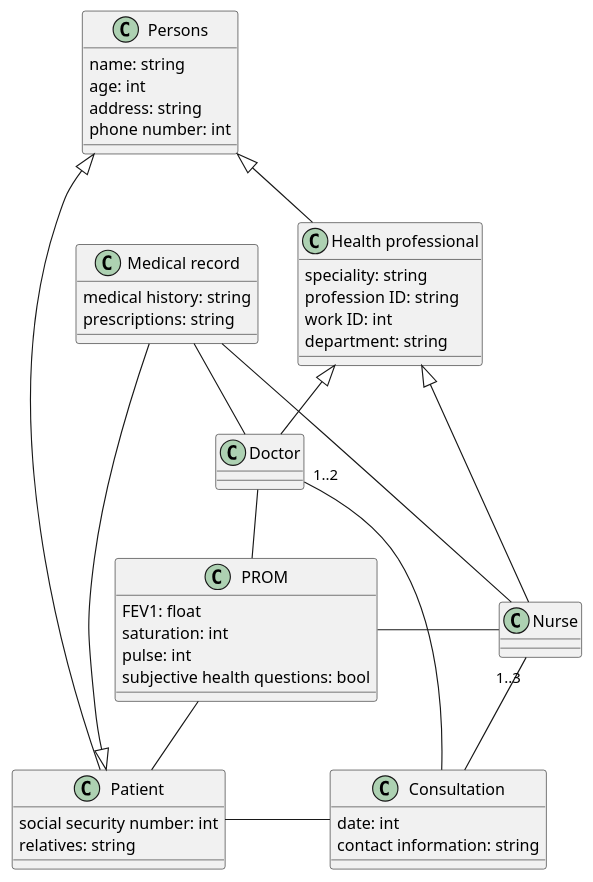
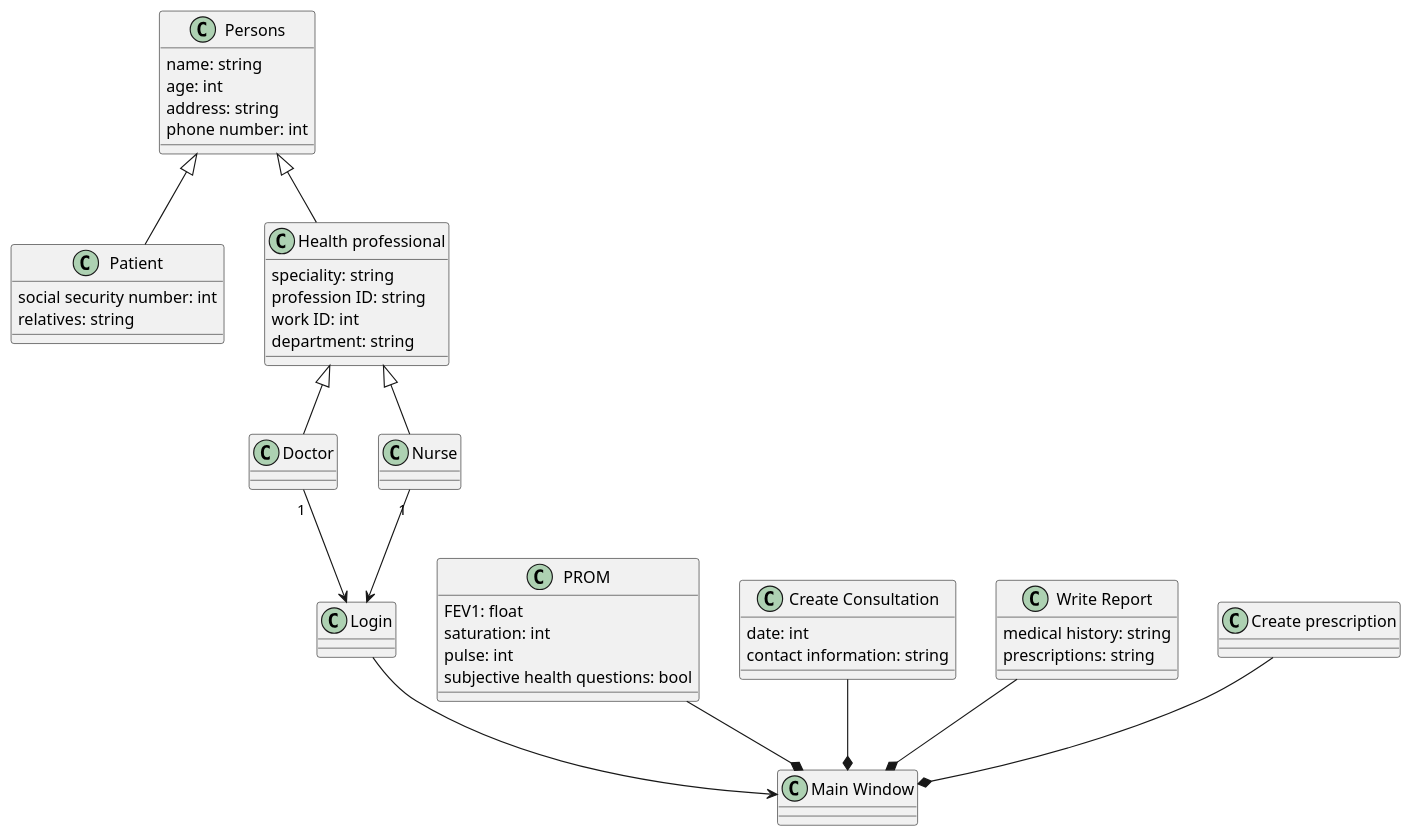
Before and after one commit to Purreskov/Softwareudvikling---Github: the diagram in Diagrams/Class diagram - iteration 1.puml, drawn with PlantUML. The commit also changed 3 other files, not shown here.

```diff
--- a/Diagrams/Class diagram - iteration 1.puml
+++ b/Diagrams/Class diagram - iteration 1.puml
@@ -1,47 +1,55 @@
 @startuml
 'https://plantuml.com/class-diagram
 
 class "Persons" as persons
 persons : name: string
 persons : age: int
 persons : address: string
 persons : phone number: int
 
 class "PROM" as prom
 prom : FEV1: float
 prom : saturation: int
 prom : pulse: int
 prom : subjective health questions: bool
-class "Consultation" as consultation
+
+class "Create Consultation" as consultation
 consultation : date: int
 consultation : contact information: string
+
 class "Patient" as patient
 patient : social security number: int
 patient : relatives: string
+
 class "Doctor" as doctor
+
 class "Nurse" as nurse
-class "Medical record" as mr
-mr : medical history: string
-mr : prescriptions: string
+
+class "Write Report" as WR
+WR : medical history: string
+WR : prescriptions: string
+
 class "Health professional" as HP
 HP : speciality: string
 HP : profession ID: string
 HP : work ID: int
 HP : department: string
 
+class "Main Window" as MW
 
-mr -|> patient
-mr -- doctor
-mr -- nurse
+class "Create prescription" as CP
+
+class "Login" as login
+
 persons <|-- HP
-'persons <-- NHP
 persons <|-- patient
 HP <|-- doctor
 HP <|-- nurse
-doctor "1..2" -- consultation
-nurse "1..3" -- consultation
-prom - nurse
-prom -- patient
-doctor -- prom
-patient - consultation
+doctor "1"--> login
+nurse "1" --> login
+prom --* MW
+consultation --*MW
+CP --* MW
+WR --* MW
+login --> MW
 @enduml
```
